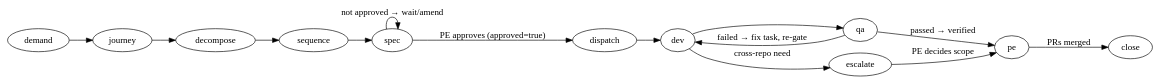
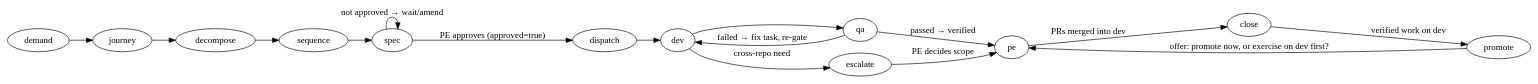
Before and after one commit to blpsoares/aipe: the diagram in skills/operate/SKILL.md, drawn with Graphviz. The commit also changed other lines of this file and 2 other files, not shown here.

````diff
--- a/skills/operate/SKILL.md
+++ b/skills/operate/SKILL.md
@@ -147,14 +147,16 @@
 ```dot
 digraph operate {
   rankdir=LR;
   demand -> journey -> decompose -> sequence -> spec;
   spec -> dispatch [label="PE approves (approved=true)"];
   spec -> spec [label="not approved → wait/amend"];
   dispatch -> dev -> qa;
   qa -> pe [label="passed → verified"];
   qa -> dev [label="failed → fix task, re-gate"];
   dev -> escalate [label="cross-repo need"];
   escalate -> pe [label="PE decides scope"];
-  pe -> close [label="PRs merged"];
+  pe -> close [label="PRs merged into dev"];
+  close -> promote [label="verified work on dev"];
+  promote -> pe [label="offer: promote now, or exercise on dev first?"];
 }
 ```
````
